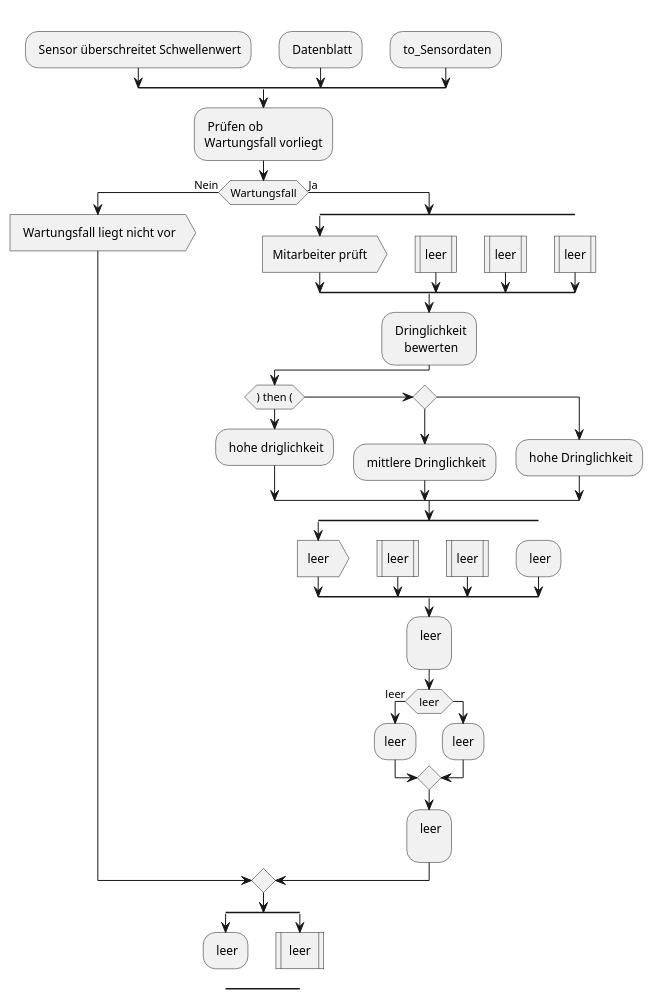
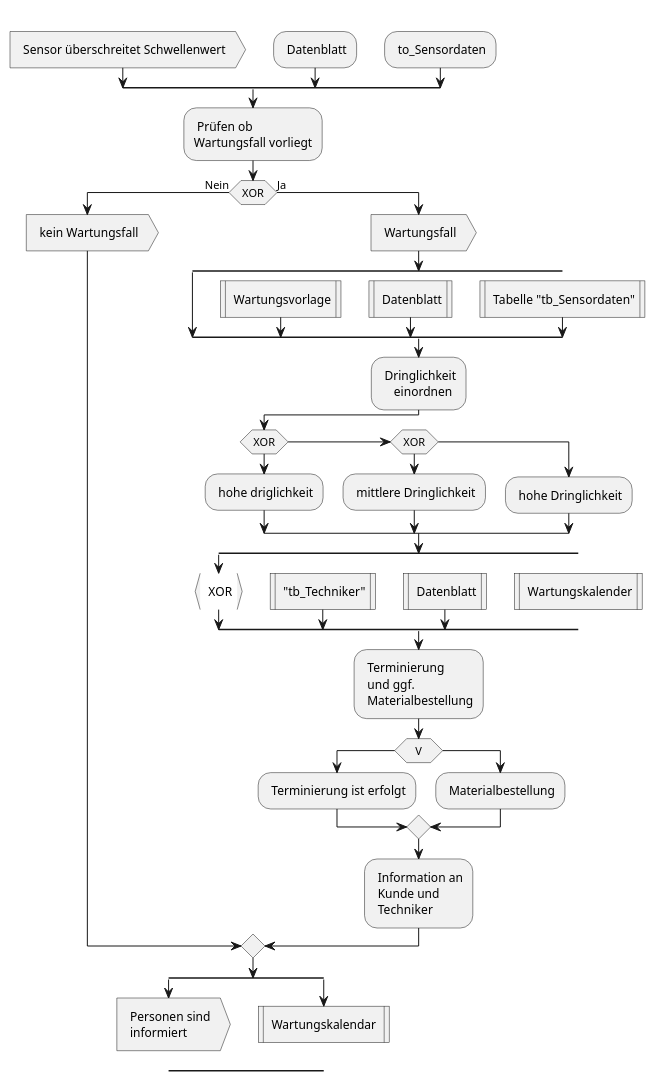
One commit to Martin1088/Plantuml-With-Screenreader changed the diagram in Service_Rule/Aufgabe6_ASP2_Sommer2022.puml. Above: the diagram before and after it, drawn with PlantUML. The commit also changed 3 other files, not shown here.

```diff
--- a/Service_Rule/Aufgabe6_ASP2_Sommer2022.puml
+++ b/Service_Rule/Aufgabe6_ASP2_Sommer2022.puml
@@ -1,72 +1,77 @@
-@startuml name Service 
+@startuml Service 
 split 
     -[hidden]->
-    : Sensor überschreitet Schwellenwert;
+    : Sensor überschreitet Schwellenwert>
 split again
     -[hidden]->
     : Datenblatt;
 split again 
     -[hidden]->
     : to_Sensordaten;
 end split
 ' Kasten eins
 : Prüfen ob 
 Wartungsfall vorliegt;
-if (Wartungsfall) then (Nein)
-: Wartungsfall liegt nicht vor>
+if (XOR) then (Nein)
+: kein Wartungsfall>
 else (Ja)
+: Wartungsfall>
 split 
-:Mitarbeiter prüft>
+' übergang 
 split again
     -[hidden]->
-    :leer|
+    : Wartungsvorlage|
 split again
     -[hidden]->
-    :leer|
+    : Datenblatt|
 split again
 -[hidden]->
-    :leer|
+    : Tabelle "tb_Sensordaten"|
 end split
 ' Kasten zwei 
 : Dringlichkeit 
-    bewerten;
-if () then ()
+    einordnen;
+if (XOR) then 
 : hohe driglichkeit;
-elseif () then ()
+elseif (XOR) then
 : mittlere Dringlichkeit;
 else ()
 : hohe Dringlichkeit;
 endif
 split 
-:leer>
+: XOR}
 split again
     -[hidden]->
-    :leer|
+    : "tb_Techniker"|
 split again
     -[hidden]->
-    :leer|
+    : Datenblatt|
 split again
--[hidden]->
-    : leer;
+    -[hidden]->
+    : Wartungskalender|
+    -[hidden]->
 end split
 ' Kasten drei 
-: leer
-;
-if (leer) then (leer)
-:leer;
+: Terminierung 
+ und ggf.
+ Materialbestellung;
+if (V) then
+: Terminierung ist erfolgt;
 else
-:leer;
+: Materialbestellung;
 endif
 ' letzter Kasten vier
-: leer
-;
+: Information an
+ Kunde und
+ Techniker;
 endif
 split
-    : leer;
+    : Personen sind 
+     informiert>
     -[hidden]->
 split again
-    : leer |
+    : Wartungskalendar |
     -[hidden]->   
 end split 
 
 @enduml
```
